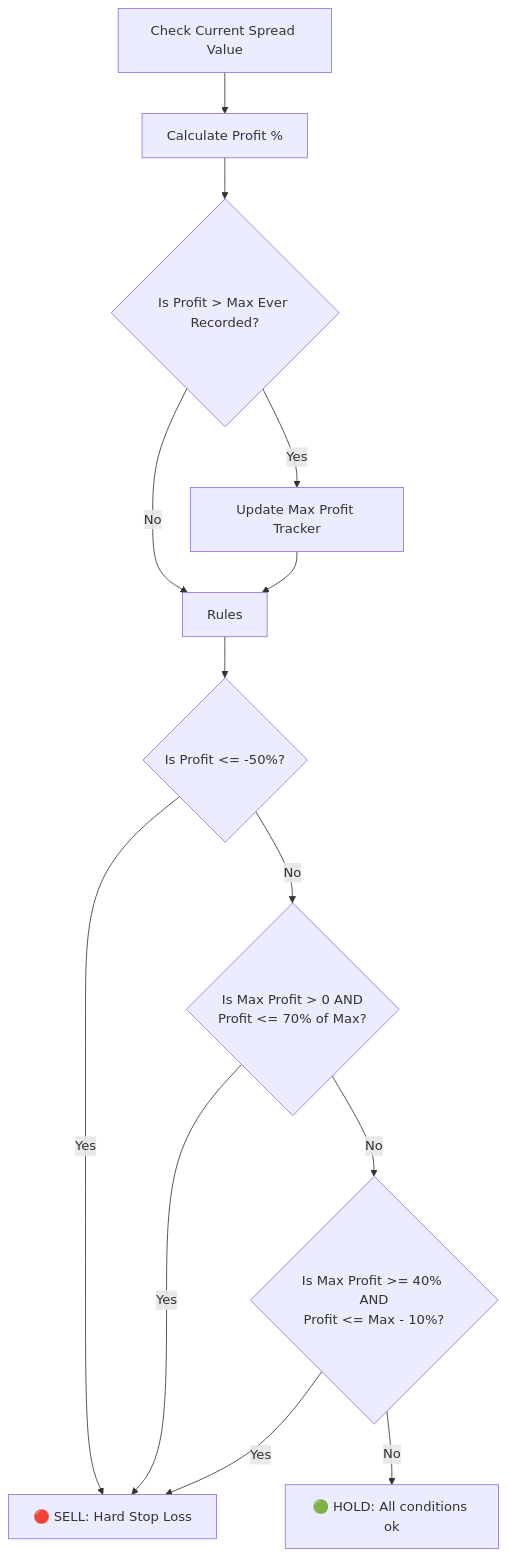
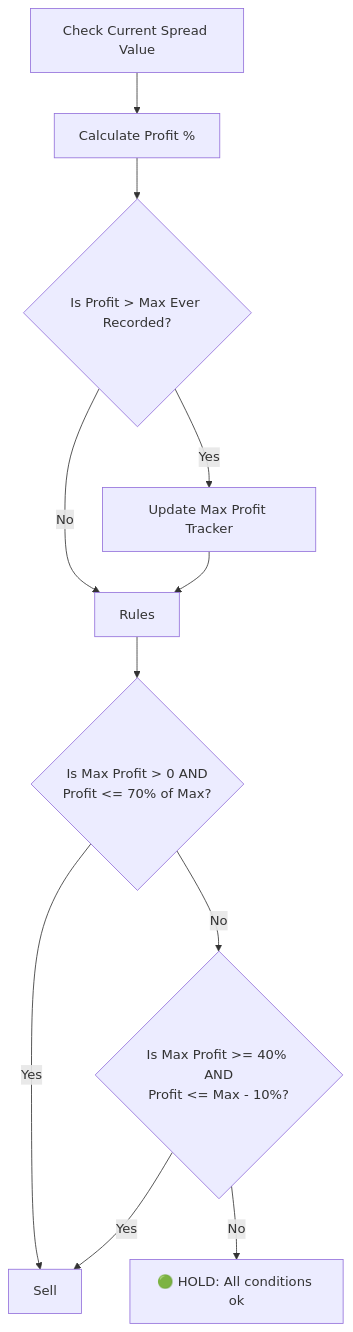
Before and after one commit to rakeshnemani/0dte: the second of 3 diagrams in docs/HOW_IT_WORKS.md, drawn with Mermaid. The commit also changed other lines of this file and 5 other files, not shown here.

````diff
--- a/docs/HOW_IT_WORKS.md
+++ b/docs/HOW_IT_WORKS.md
@@ -148,18 +142,16 @@
 ```mermaid
 graph TD
     Evaluate[Check Current Spread Value] --> Calc[Calculate Profit %]
     Calc --> MaxProfit{Is Profit > Max Ever Recorded?}
     MaxProfit -- Yes --> Update[Update Max Profit Tracker]
     MaxProfit -- No --> Rules
     Update --> Rules
     
-    Rules --> Rule1{Is Profit <= -50%?}
-    Rule1 -- Yes --> Sell["🔴 SELL: Hard Stop Loss"]
-    Rule1 -- No --> Rule2{Is Max Profit > 0 AND<br/>Profit <= 70% of Max?}
+    Rules --> Rule1{Is Max Profit > 0 AND<br/>Profit <= 70% of Max?}
+    
+    Rule1 -- Yes --> Sell
+    Rule1 -- No --> Rule2{Is Max Profit >= 40% AND<br/>Profit <= Max - 10%?}
     
     Rule2 -- Yes --> Sell
-    Rule2 -- No --> Rule3{Is Max Profit >= 40% AND<br/>Profit <= Max - 10%?}
-    
-    Rule3 -- Yes --> Sell
-    Rule3 -- No --> Hold["🟢 HOLD: All conditions ok"]
+    Rule2 -- No --> Hold["🟢 HOLD: All conditions ok"]
 ```
````
